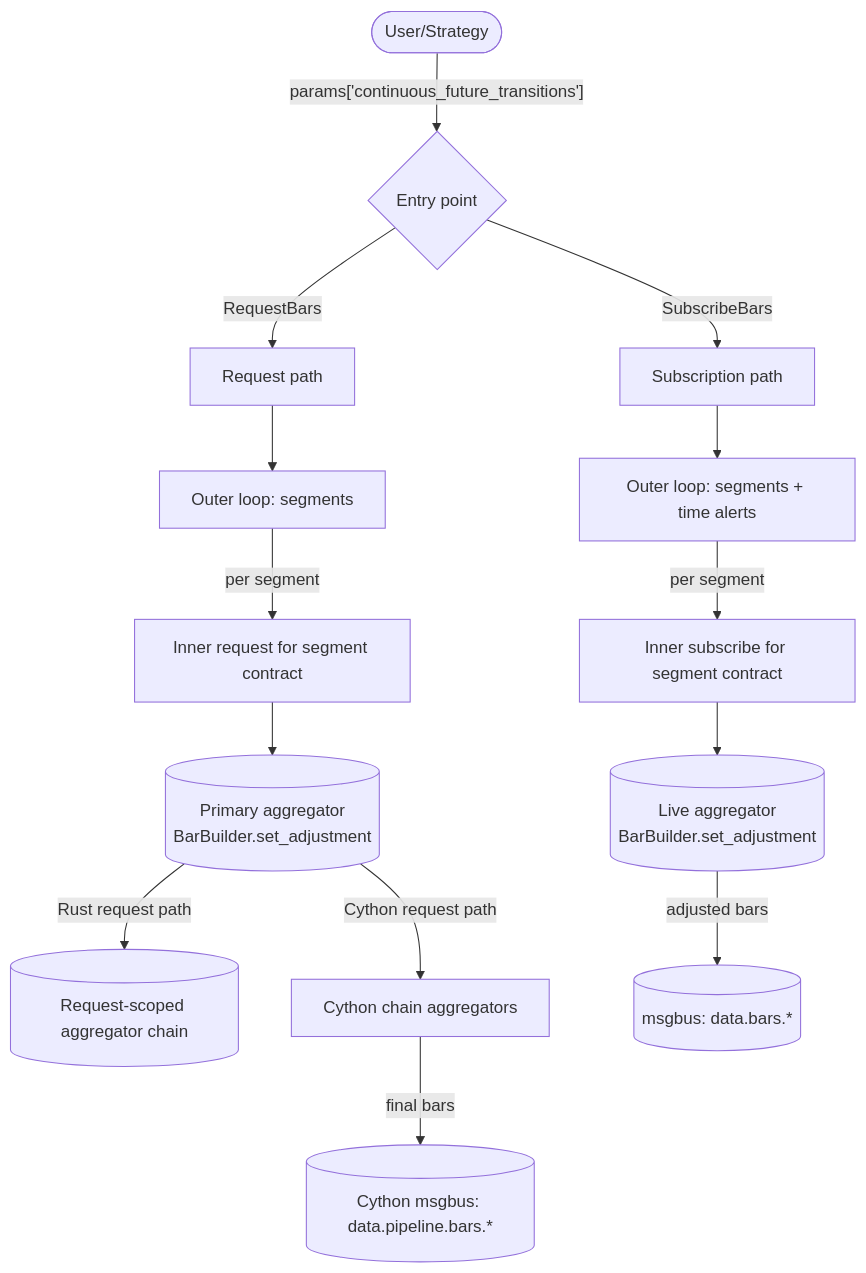
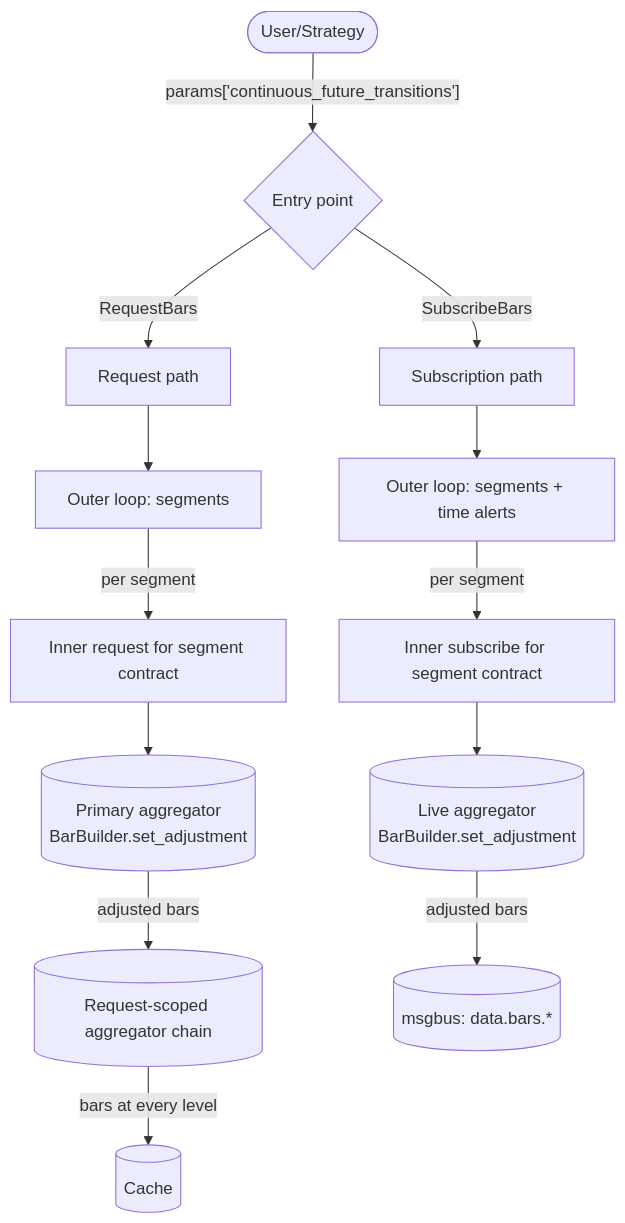
The first of 5 diagrams in docs/concepts/continuous_futures.md (nautechsystems/nautilus_trader), drawn with Mermaid before and after one commit. The commit also changed other lines of this file and 27 other files, not shown here.

````diff
--- a/docs/concepts/continuous_futures.md
+++ b/docs/concepts/continuous_futures.md
@@ -128,20 +129,19 @@
 ```mermaid
 flowchart TD
     User([User/Strategy]) -->|"params['continuous_future_transitions']"| Entry{"Entry point"}
     Entry -->|RequestBars| ReqPath[Request path]
     Entry -->|SubscribeBars| SubPath[Subscription path]
 
     ReqPath --> OuterReq[Outer loop: segments]
     SubPath --> OuterSub[Outer loop: segments + time alerts]
 
     OuterReq -->|per segment| SubReq[Inner request for segment contract]
     OuterSub -->|per segment| LiveSub[Inner subscribe for segment contract]
 
     SubReq --> Agg[(Primary aggregator<br/>BarBuilder.set_adjustment)]
     LiveSub --> Agg2[(Live aggregator<br/>BarBuilder.set_adjustment)]
 
-    Agg -->|Rust request path| ReqAgg[(Request-scoped aggregator chain)]
-    Agg -->|Cython request path| Chain[Cython chain aggregators]
+    Agg -->|adjusted bars| ReqAgg[(Request-scoped aggregator chain)]
+    ReqAgg -->|bars at every level| Cache[(Cache)]
     Agg2 -->|adjusted bars| MsgBus[(msgbus: data.bars.*)]
-    Chain -->|final bars| PipelineBus[(Cython msgbus: data.pipeline.bars.*)]
 ```
````
